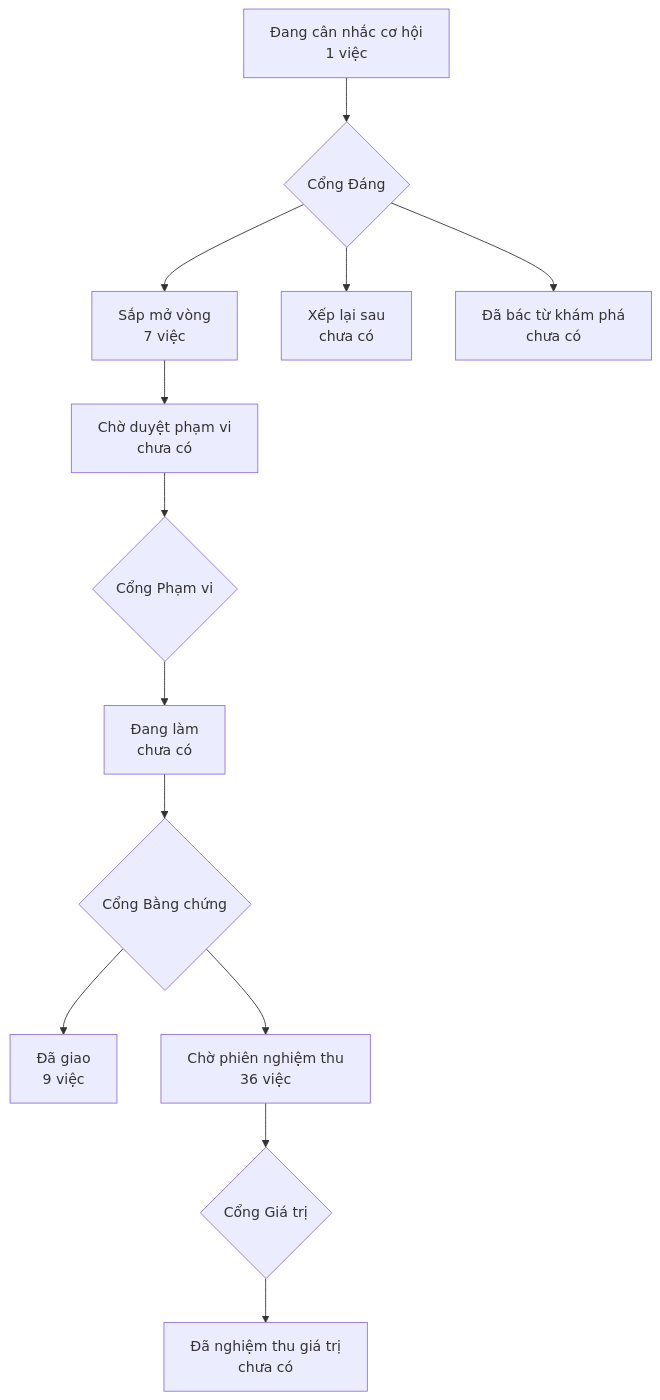
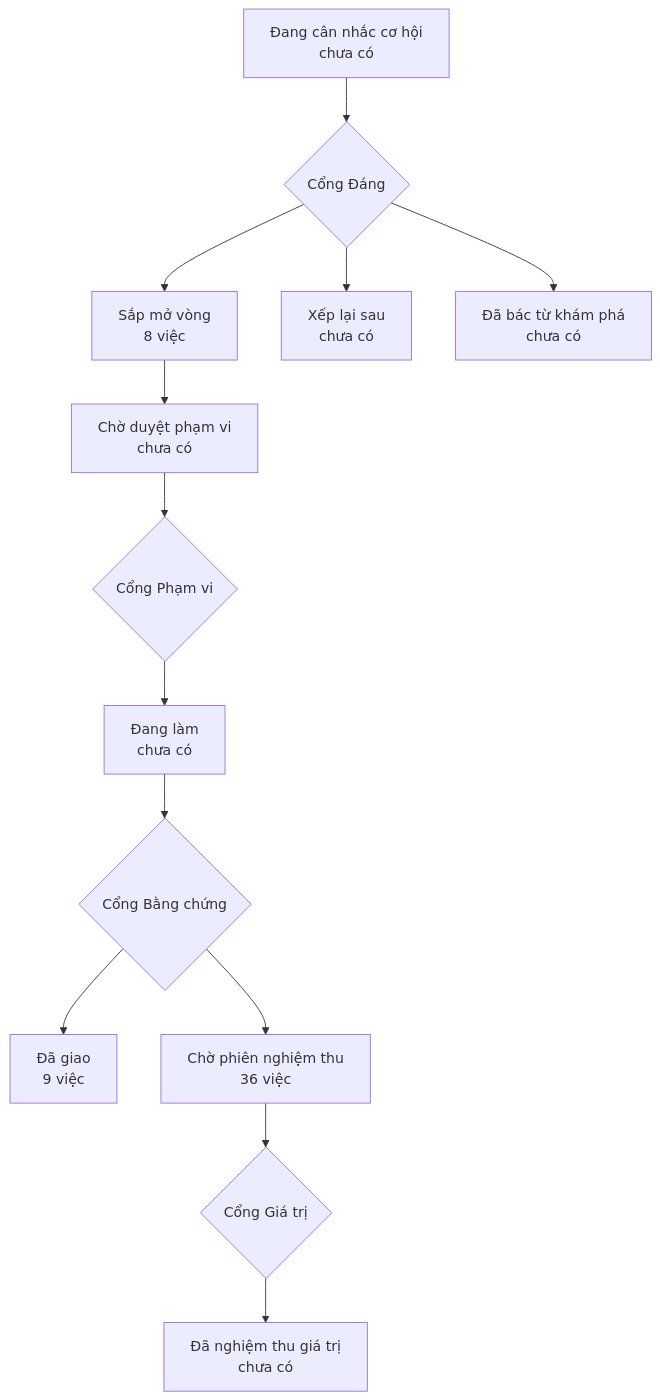
The diagram in PRODUCT-MAP.md (phanlemanh/onehub-quy-hang), drawn with Mermaid before and after one commit. The commit also changed other lines of this file and 2 other files, not shown here.

Commit message:
chore(he-bo-cuc): Cổng Đáng — chủ kho chọn build
Ghi quyết định «build» của Manh Phan vào ô cơ hội hàng 91; tiêu chí sống/chết
đồng bộ với bat_khi hiện tại (có bản đồ hệ thiết kế).

````diff
--- a/PRODUCT-MAP.md
+++ b/PRODUCT-MAP.md
@@ -7,12 +7,12 @@
 ```mermaid
 flowchart TD
-  A["Đang cân nhắc cơ hội<br/>1 việc"] --> GD{"Cổng Đáng"}
-  GD --> B["Sắp mở vòng<br/>7 việc"]
+  A["Đang cân nhắc cơ hội<br/>chưa có"] --> GD{"Cổng Đáng"}
+  GD --> B["Sắp mở vòng<br/>8 việc"]
   GD --> XL["Xếp lại sau<br/>chưa có"]
   GD --> DB["Đã bác từ khám phá<br/>chưa có"]
   B --> CD["Chờ duyệt phạm vi<br/>chưa có"] --> GP{"Cổng Phạm vi"}
   GP --> DL["Đang làm<br/>chưa có"] --> GB{"Cổng Bằng chứng"}
   GB --> DG["Đã giao<br/>9 việc"]
   GB --> CN["Chờ phiên nghiệm thu<br/>36 việc"] --> GG{"Cổng Giá trị"}
   GG --> NT["Đã nghiệm thu giá trị<br/>chưa có"]
 ```
````
